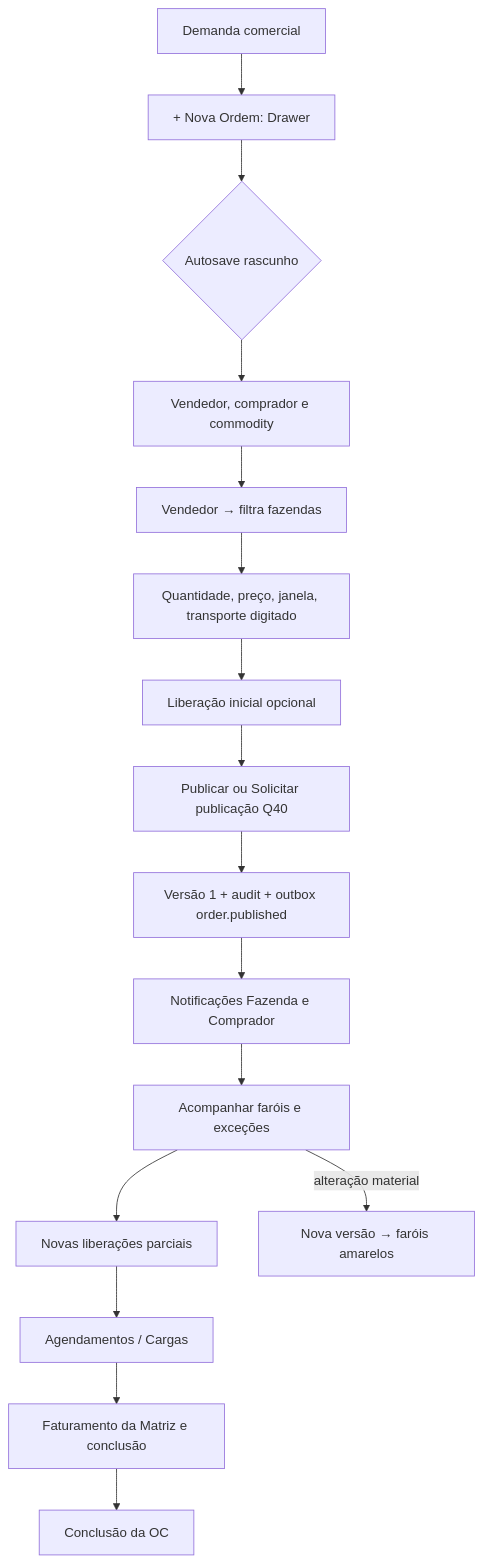
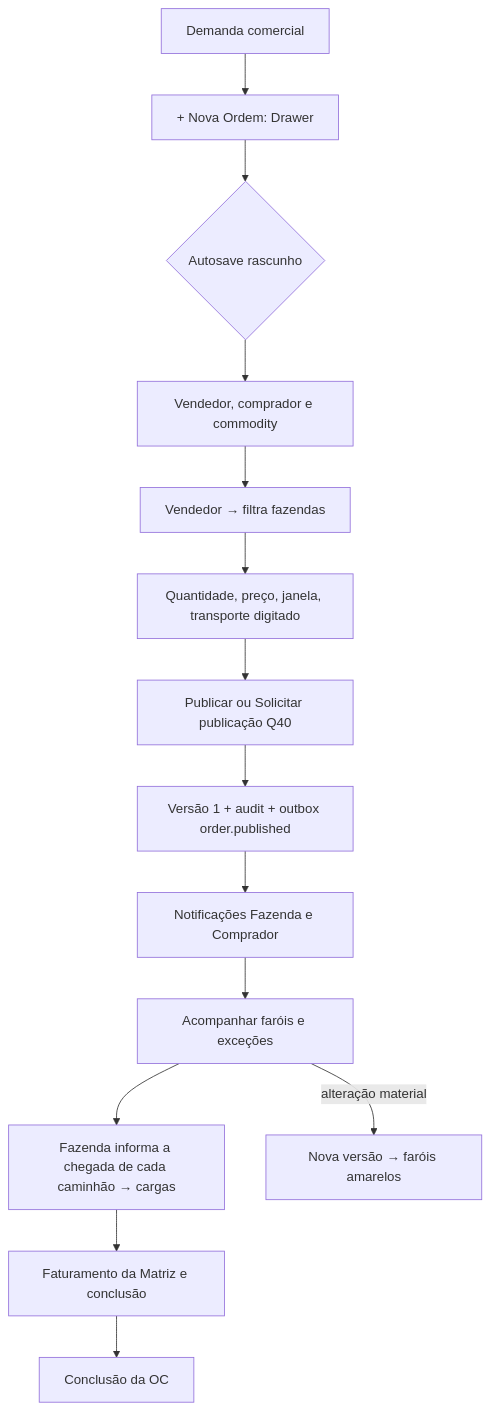
One commit to antoniocavali/Ordens_2.0 changed the fourth of 6 diagrams in docs/flows.md. Above: the diagram before and after it, drawn with Mermaid. The commit also changed other lines of this file and 76 other files, not shown here.

First line of the commit message:
feat(cargas): a Fazenda só informa a chegada do caminhão (#113)

````diff
--- a/docs/flows.md
+++ b/docs/flows.md
@@ -58,18 +58,16 @@
 ```mermaid
 flowchart TD
   A[Demanda comercial] --> B[+ Nova Ordem: Drawer]
   B --> C{Autosave rascunho}
   C --> D[Vendedor, comprador e commodity]
   D --> E[Vendedor → filtra fazendas]
   E --> F[Quantidade, preço, janela, transporte digitado]
-  F --> G[Liberação inicial opcional]
-  G --> H[Publicar ou Solicitar publicação Q40]
+  F --> H[Publicar ou Solicitar publicação Q40]
   H --> I[Versão 1 + audit + outbox order.published]
   I --> J[Notificações Fazenda e Comprador]
   J --> K[Acompanhar faróis e exceções]
-  K --> L[Novas liberações parciais]
-  L --> M[Agendamentos / Cargas]
+  K --> M[Fazenda informa a chegada de cada caminhão → cargas]
   M --> N[Faturamento da Matriz e conclusão]
   N --> O[Conclusão da OC]
   K -->|alteração material| P[Nova versão → faróis amarelos]
 ```
````
